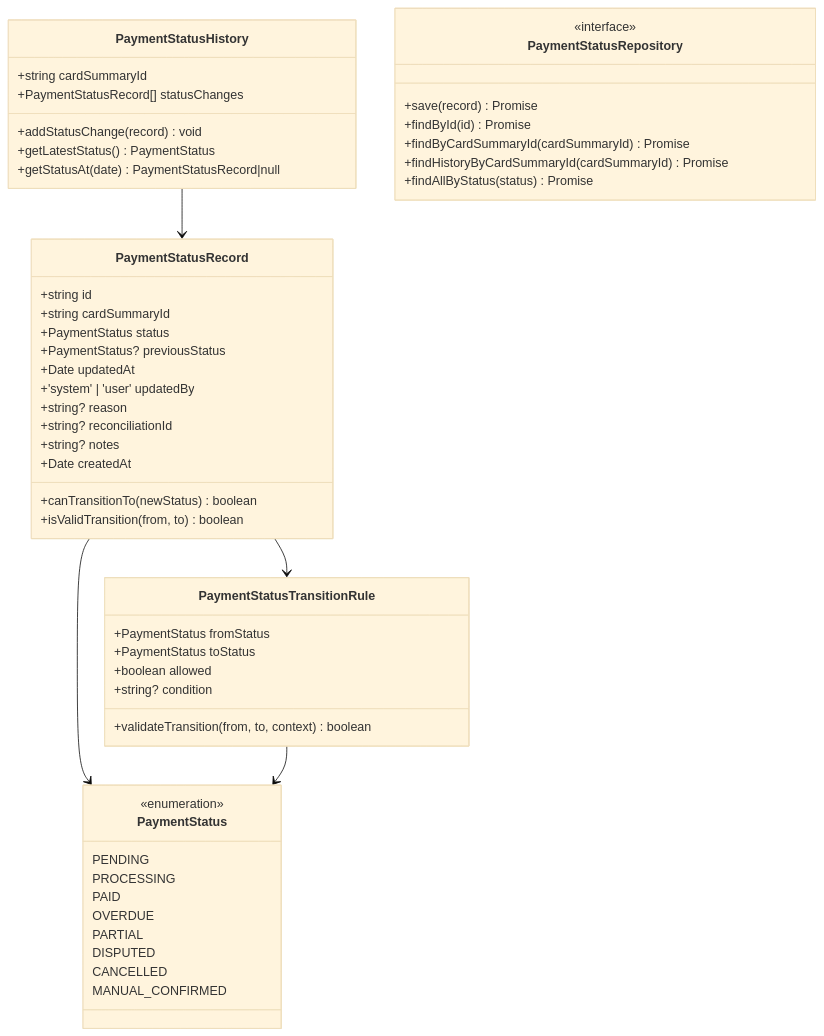
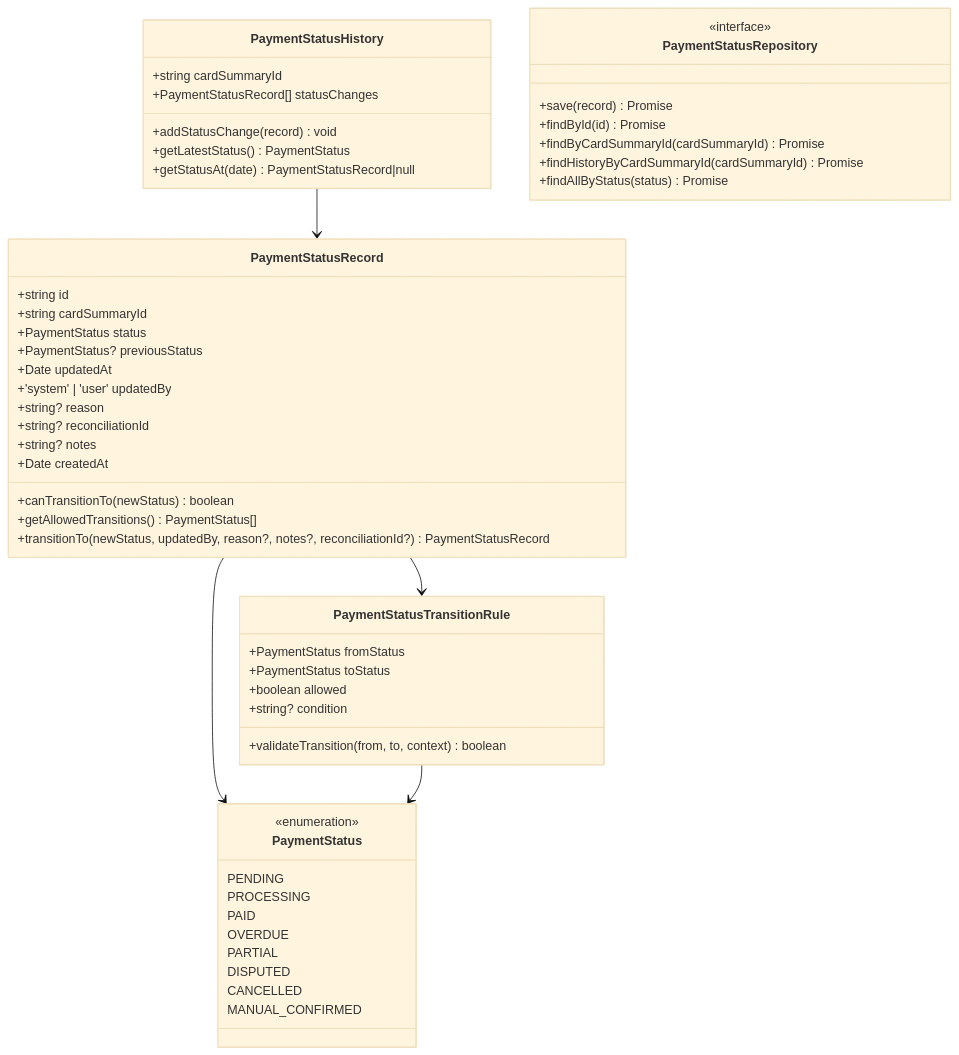
One commit to kencom2400/account-book changed the first of 7 diagrams in docs/detailed-design/FR-014_payment-status-management/class-diagrams.md. Above: the diagram before and after it, drawn with Mermaid (base theme). The commit also changed other lines of this file and 3 other files, not shown here.

````diff
--- a/docs/detailed-design/FR-014_payment-status-management/class-diagrams.md
+++ b/docs/detailed-design/FR-014_payment-status-management/class-diagrams.md
@@ -19,59 +19,60 @@
 ```mermaid
 classDiagram
     class PaymentStatusRecord {
         +string id
         +string cardSummaryId
         +PaymentStatus status
         +PaymentStatus? previousStatus
         +Date updatedAt
         +'system' | 'user' updatedBy
         +string? reason
         +string? reconciliationId
         +string? notes
         +Date createdAt
         +canTransitionTo(newStatus) boolean
-        +isValidTransition(from, to) boolean
+        +getAllowedTransitions() PaymentStatus[]
+        +transitionTo(newStatus, updatedBy, reason?, notes?, reconciliationId?) PaymentStatusRecord
     }
 
     class PaymentStatusHistory {
         +string cardSummaryId
         +PaymentStatusRecord[] statusChanges
         +addStatusChange(record) void
         +getLatestStatus() PaymentStatus
         +getStatusAt(date) PaymentStatusRecord|null
     }
 
     class PaymentStatus {
         <<enumeration>>
         PENDING
         PROCESSING
         PAID
         OVERDUE
         PARTIAL
         DISPUTED
         CANCELLED
         MANUAL_CONFIRMED
     }
 
     class PaymentStatusTransitionRule {
         +PaymentStatus fromStatus
         +PaymentStatus toStatus
         +boolean allowed
         +string? condition
         +validateTransition(from, to, context) boolean
     }
 
     class PaymentStatusRepository {
         <<interface>>
         +save(record) Promise<PaymentStatusRecord>
         +findById(id) Promise<PaymentStatusRecord|null>
         +findByCardSummaryId(cardSummaryId) Promise<PaymentStatusRecord|null>
         +findHistoryByCardSummaryId(cardSummaryId) Promise<PaymentStatusHistory>
         +findAllByStatus(status) Promise<PaymentStatusRecord[]>
     }
 
     PaymentStatusRecord --> PaymentStatus
     PaymentStatusRecord --> PaymentStatusTransitionRule
     PaymentStatusHistory --> PaymentStatusRecord
     PaymentStatusTransitionRule --> PaymentStatus
 ```
````
